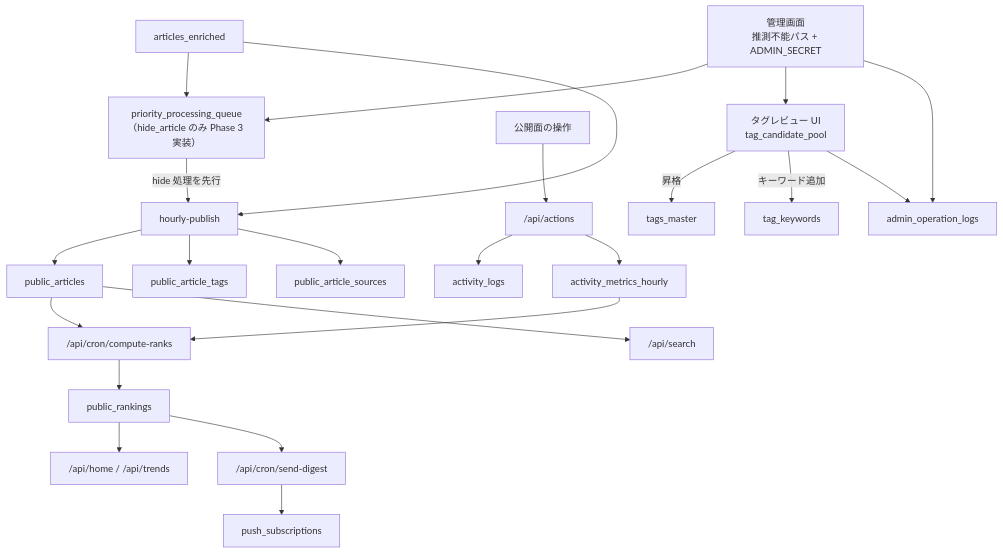
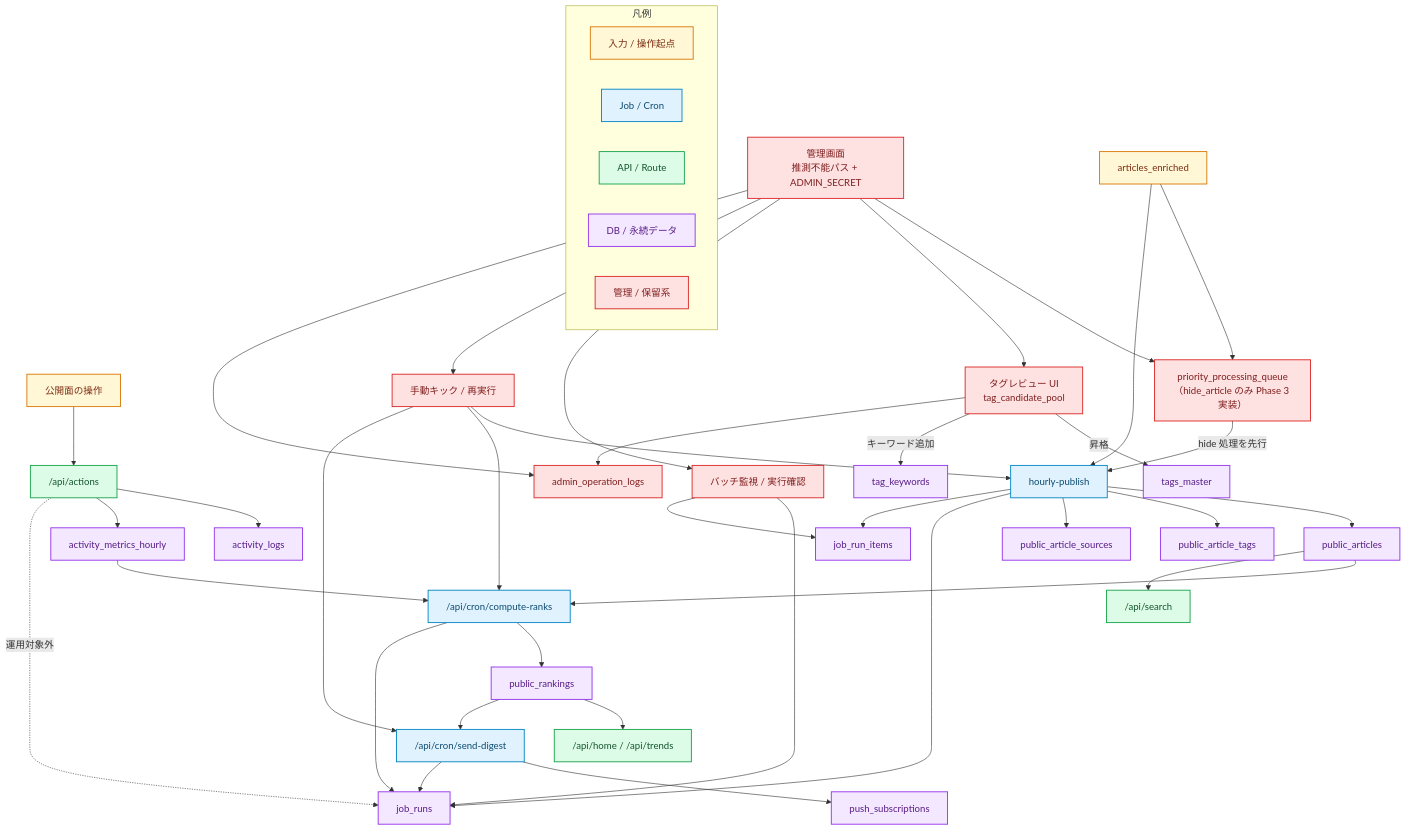
The second of 2 diagrams in docs/imp/l3-l4-screen-flow.md (rohto4/ai-hub), drawn with Mermaid before and after one commit. The commit also changed other lines of this file and 38 other files, not shown here.

Commit message:
Add public article flows and phase 3 planning baseline

````diff
--- a/docs/imp/l3-l4-screen-flow.md
+++ b/docs/imp/l3-l4-screen-flow.md
@@ -68,30 +98,99 @@
 ```mermaid
 flowchart TD
-    L2["articles_enriched"] --> PriorityQueue["priority_processing_queue<br/>（hide_article のみ Phase 3 実装）"]
-    PriorityQueue -->|hide 処理を先行| Publish["hourly-publish"]
+    L2["articles_enriched"]
+    UserAction["公開面の操作"]
+
+    Publish["hourly-publish"]
+    RankCron["/api/cron/compute-ranks"]
+    DigestCron["/api/cron/send-digest"]
+
+    ActionApi["/api/actions"]
+    HomeApi["/api/home / /api/trends"]
+    SearchApi["/api/search"]
+
+    PriorityQueue["priority_processing_queue<br/>（hide_article のみ Phase 3 実装）"]
+    AdminUI["管理画面<br/>推測不能パス + ADMIN_SECRET"]
+    TagReview["タグレビュー UI<br/>tag_candidate_pool"]
+    AdminOpLogs["admin_operation_logs"]
+    JobMonitor["バッチ監視 / 実行確認"]
+    ManualKick["手動キック / 再実行"]
+
+    PublicArticles["public_articles"]
+    PublicTags["public_article_tags"]
+    PublicSources["public_article_sources"]
+    ActivityLogs["activity_logs"]
+    ActivityMetrics["activity_metrics_hourly"]
+    PublicRankings["public_rankings"]
+    PushSubscriptions["push_subscriptions"]
+    TagsMaster["tags_master"]
+    TagKeywords["tag_keywords"]
+    JobRuns["job_runs"]
+    JobRunItems["job_run_items"]
+
+    L2 --> PriorityQueue
+    PriorityQueue -->|hide 処理を先行| Publish
     L2 --> Publish
-    Publish --> PublicArticles["public_articles"]
-    Publish --> PublicTags["public_article_tags"]
-    Publish --> PublicSources["public_article_sources"]
+    Publish --> PublicArticles
+    Publish --> PublicTags
+    Publish --> PublicSources
 
-    UserAction["公開面の操作"] --> ActionApi["/api/actions"]
-    ActionApi --> ActivityLogs["activity_logs"]
-    ActionApi --> ActivityMetrics["activity_metrics_hourly"]
+    UserAction --> ActionApi
+    ActionApi --> ActivityLogs
+    ActionApi --> ActivityMetrics
 
-    ActivityMetrics --> RankCron["/api/cron/compute-ranks"]
+    ActivityMetrics --> RankCron
     PublicArticles --> RankCron
-    RankCron --> PublicRankings["public_rankings"]
+    RankCron --> PublicRankings
 
-    PublicRankings --> HomeApi["/api/home / /api/trends"]
-    PublicArticles --> SearchApi["/api/search"]
+    PublicRankings --> HomeApi
+    PublicArticles --> SearchApi
 
-    PublicRankings --> DigestCron["/api/cron/send-digest"]
-    DigestCron --> PushSubscriptions["push_subscriptions"]
+    PublicRankings --> DigestCron
+    DigestCron --> PushSubscriptions
 
-    AdminUI["管理画面<br/>推測不能パス + ADMIN_SECRET"] --> PriorityQueue
-    AdminUI --> TagReview["タグレビュー UI<br/>tag_candidate_pool"]
-    TagReview -->|昇格| TagsMaster["tags_master"]
-    TagReview -->|キーワード追加| TagKeywords["tag_keywords"]
-    AdminUI --> AdminOpLogs["admin_operation_logs"]
+    Publish --> JobRuns
+    Publish --> JobRunItems
+    RankCron --> JobRuns
+    DigestCron --> JobRuns
+    ActionApi -. 運用対象外 .-> JobRuns
+
+    AdminUI --> PriorityQueue
+    AdminUI --> TagReview
+    AdminUI --> JobMonitor
+    AdminUI --> ManualKick
+    TagReview -->|昇格| TagsMaster
+    TagReview -->|キーワード追加| TagKeywords
+    AdminUI --> AdminOpLogs
     TagReview --> AdminOpLogs
+    JobMonitor --> JobRuns
+    JobMonitor --> JobRunItems
+    ManualKick --> Publish
+    ManualKick --> RankCron
+    ManualKick --> DigestCron
+
+    subgraph Legend["凡例"]
+        direction LR
+        LegendLayer["入力 / 操作起点"]
+        LegendJob["Job / Cron"]
+        LegendApi["API / Route"]
+        LegendTable["DB / 永続データ"]
+        LegendAdmin["管理 / 保留系"]
+    end
+
+    classDef layer fill:#fff7d6,stroke:#d97706,color:#7c2d12,stroke-width:1.5px;
+    classDef job fill:#e0f2fe,stroke:#0284c7,color:#0c4a6e,stroke-width:1.5px;
+    classDef api fill:#dcfce7,stroke:#16a34a,color:#14532d,stroke-width:1.5px;
+    classDef table fill:#f3e8ff,stroke:#9333ea,color:#581c87,stroke-width:1.5px;
+    classDef admin fill:#fee2e2,stroke:#dc2626,color:#7f1d1d,stroke-width:1.5px;
+
+    class L2,UserAction layer
+    class Publish,RankCron,DigestCron job
+    class ActionApi,HomeApi,SearchApi api
+    class PublicArticles,PublicTags,PublicSources,ActivityLogs,ActivityMetrics,PublicRankings,PushSubscriptions,TagsMaster,TagKeywords,JobRuns,JobRunItems table
+    class PriorityQueue,AdminUI,TagReview,AdminOpLogs,JobMonitor,ManualKick admin
+    class LegendLayer layer
+    class LegendJob job
+    class LegendApi api
+    class LegendTable table
+    class LegendAdmin admin
 ```
````
